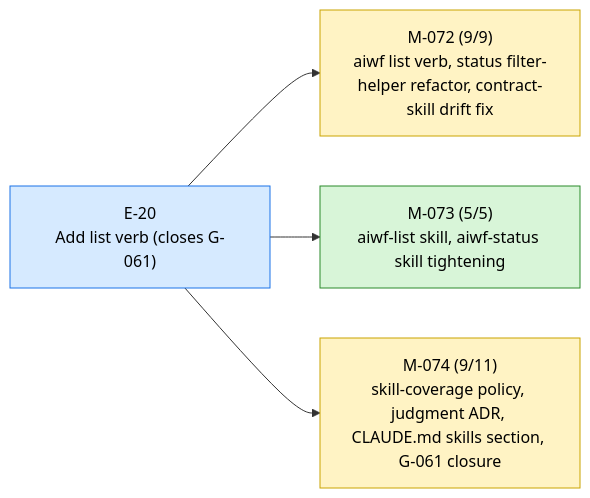
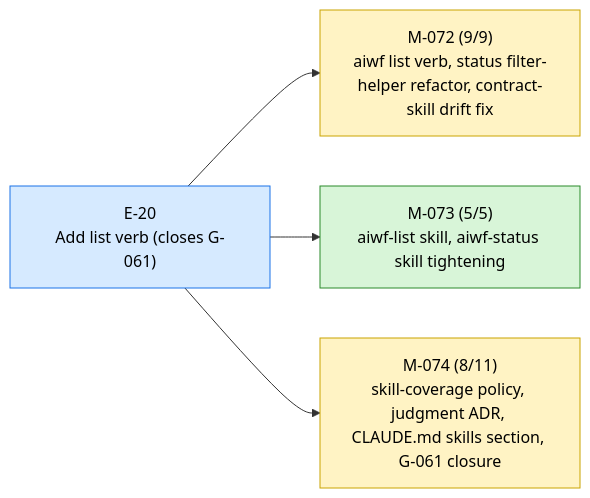
Before and after one commit to 23min/aiwf: the first of 2 diagrams in STATUS.md, drawn with Mermaid. The commit also changed other lines of this file and 1 other file, not shown here.

````diff
--- a/STATUS.md
+++ b/STATUS.md
@@ -13,16 +13,16 @@
 ```mermaid
 flowchart LR
   E_20["E-20<br/>Add list verb (closes G-061)"]:::epic_active
   M_072["M-072 (9/9)<br/>aiwf list verb, status filter-helper refactor, contract-skill drift fix"]:::ms_in_progress
   E_20 --> M_072
   M_073["M-073 (5/5)<br/>aiwf-list skill, aiwf-status skill tightening"]:::ms_done
   E_20 --> M_073
-  M_074["M-074 (9/11)<br/>skill-coverage policy, judgment ADR, CLAUDE.md skills section, G-061 closure"]:::ms_in_progress
+  M_074["M-074 (8/11)<br/>skill-coverage policy, judgment ADR, CLAUDE.md skills section, G-061 closure"]:::ms_in_progress
   E_20 --> M_074
   classDef epic_active fill:#d6eaff,stroke:#1a73e8,color:#000
   classDef epic_proposed fill:#f4f4f4,stroke:#888,color:#000
   classDef ms_done fill:#d8f5d8,stroke:#2a8a2a,color:#000
   classDef ms_in_progress fill:#fff3c4,stroke:#caa400,color:#000
   classDef ms_draft fill:#f4f4f4,stroke:#888,color:#000
   classDef ms_cancelled fill:#fbeaea,stroke:#c33,color:#000
 ```
````
